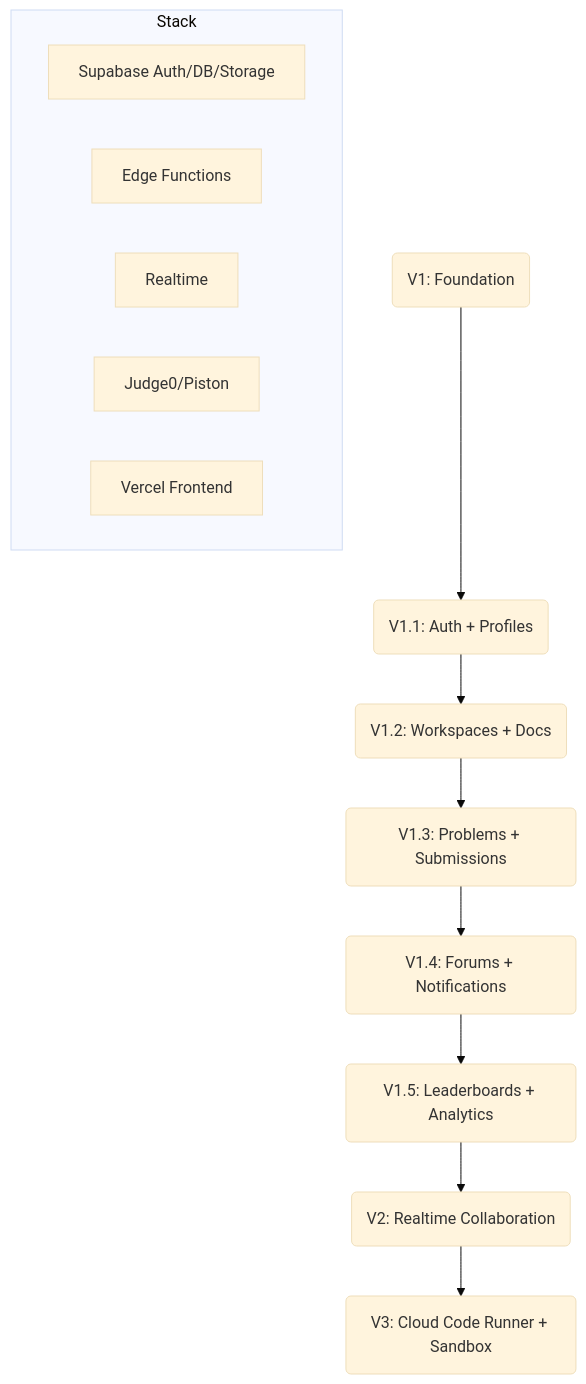
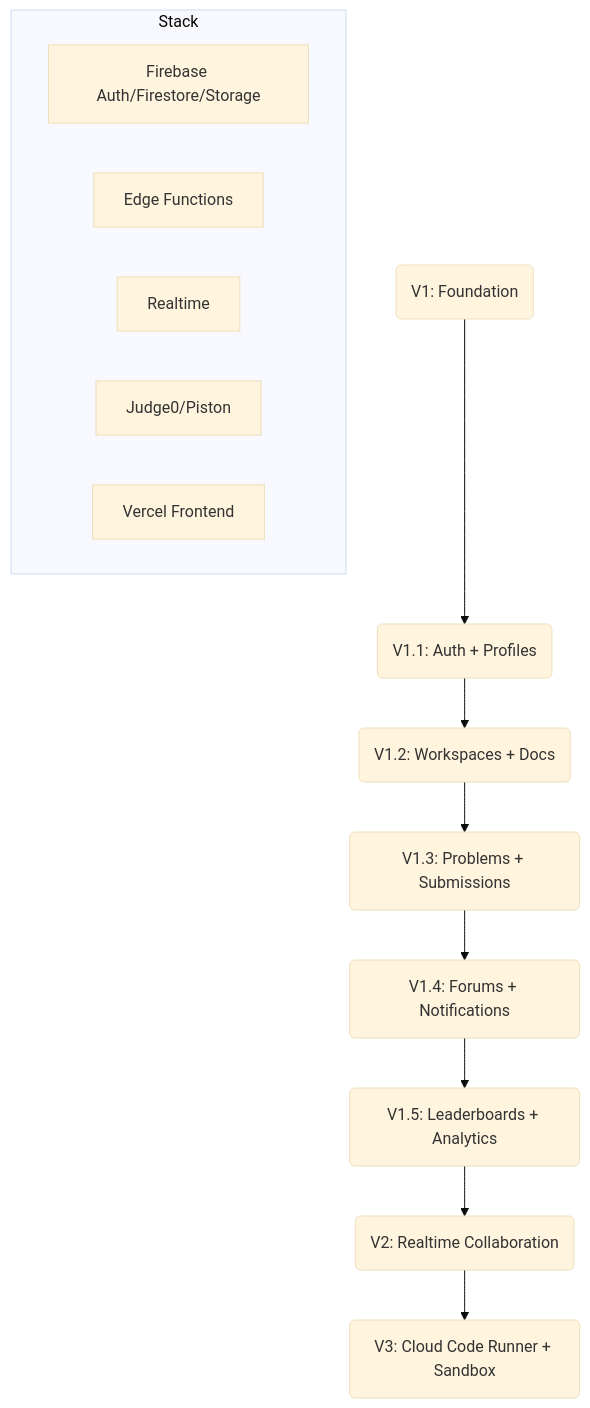
Before and after one commit to AdityaxDeore/codecampus: the diagram in docs/roadmap.md, drawn with Mermaid (base theme). The commit also changed other lines of this file and 4 other files, not shown here.

````diff
--- a/docs/roadmap.md
+++ b/docs/roadmap.md
@@ -3,18 +3,18 @@
 ```mermaid
 flowchart TD
   A(V1: Foundation) --> B(V1.1: Auth + Profiles)
   B --> C(V1.2: Workspaces + Docs)
   C --> D(V1.3: Problems + Submissions)
   D --> E(V1.4: Forums + Notifications)
   E --> F(V1.5: Leaderboards + Analytics)
   F --> G(V2: Realtime Collaboration)
   G --> H(V3: Cloud Code Runner + Sandbox)
 
   subgraph Stack
-    S1[Supabase Auth/DB/Storage]
+    S1[Firebase Auth/Firestore/Storage]
     S2[Edge Functions]
     S3[Realtime]
     S4[Judge0/Piston]
     S5[Vercel Frontend]
   end
 ```
````
